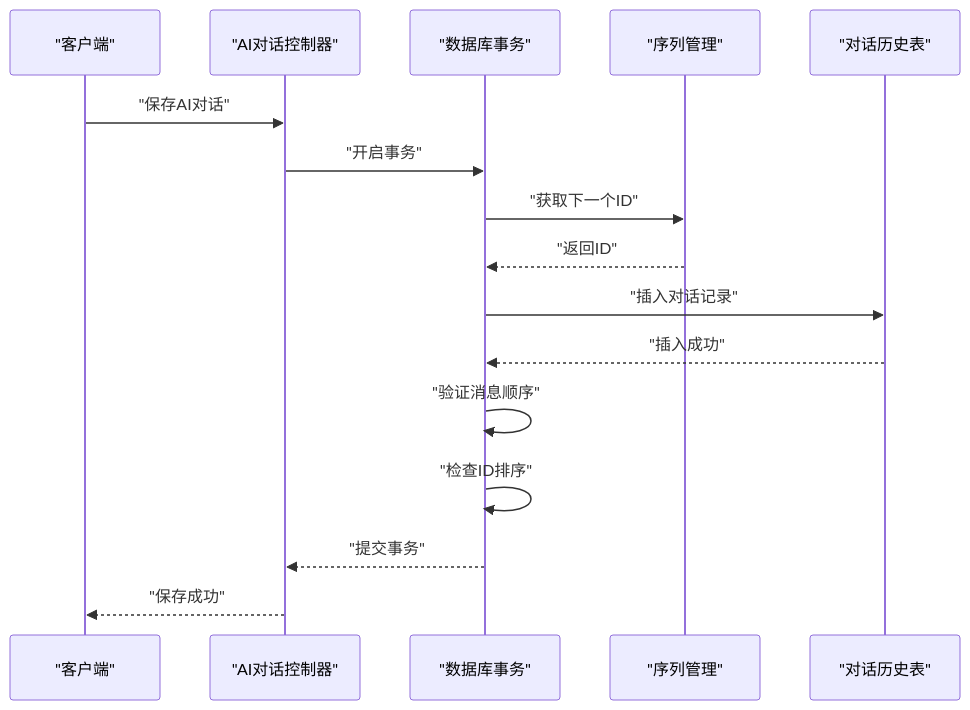
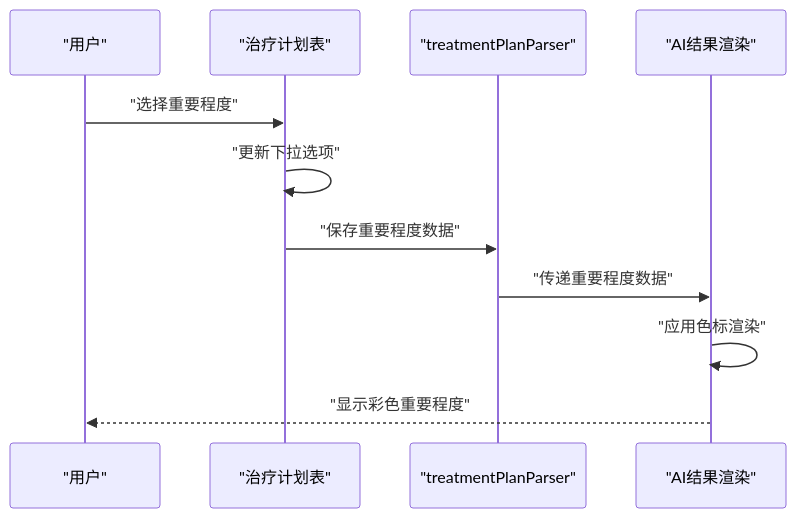
One commit to liuzh2008/med_ai_assistant_workspace changed the fourth of 28 diagrams in .qoder/repowiki/zh/content/核心功能模块/AI诊断辅助系统.md. Above: the diagram before and after it, drawn with Mermaid. The commit also changed other lines of this file and 6 other files, not shown here.

````diff
--- a/.qoder/repowiki/zh/content/核心功能模块/AI诊断辅助系统.md
+++ b/.qoder/repowiki/zh/content/核心功能模块/AI诊断辅助系统.md
@@ -415,18 +459,13 @@
 ```mermaid
 sequenceDiagram
-participant Client as "客户端"
-participant Controller as "AI对话控制器"
-participant Transaction as "数据库事务"
-participant Sequence as "序列管理"
-participant History as "对话历史表"
-Client->>Controller : "保存AI对话"
-Controller->>Transaction : "开启事务"
-Transaction->>Sequence : "获取下一个ID"
-Sequence-->>Transaction : "返回ID"
-Transaction->>History : "插入对话记录"
-History-->>Transaction : "插入成功"
-Transaction->>Transaction : "验证消息顺序"
-Transaction->>Transaction : "检查ID排序"
-Transaction-->>Controller : "提交事务"
-Controller-->>Client : "保存成功"
+participant User as "用户"
+participant TreatmentPlan as "治疗计划表"
+participant Parser as "treatmentPlanParser"
+participant Renderer as "AI结果渲染"
+User->>TreatmentPlan : "选择重要程度"
+TreatmentPlan->>TreatmentPlan : "更新下拉选项"
+TreatmentPlan->>Parser : "保存重要程度数据"
+Parser->>Renderer : "传递重要程度数据"
+Renderer->>Renderer : "应用色标渲染"
+Renderer-->>User : "显示彩色重要程度"
 ```
````
